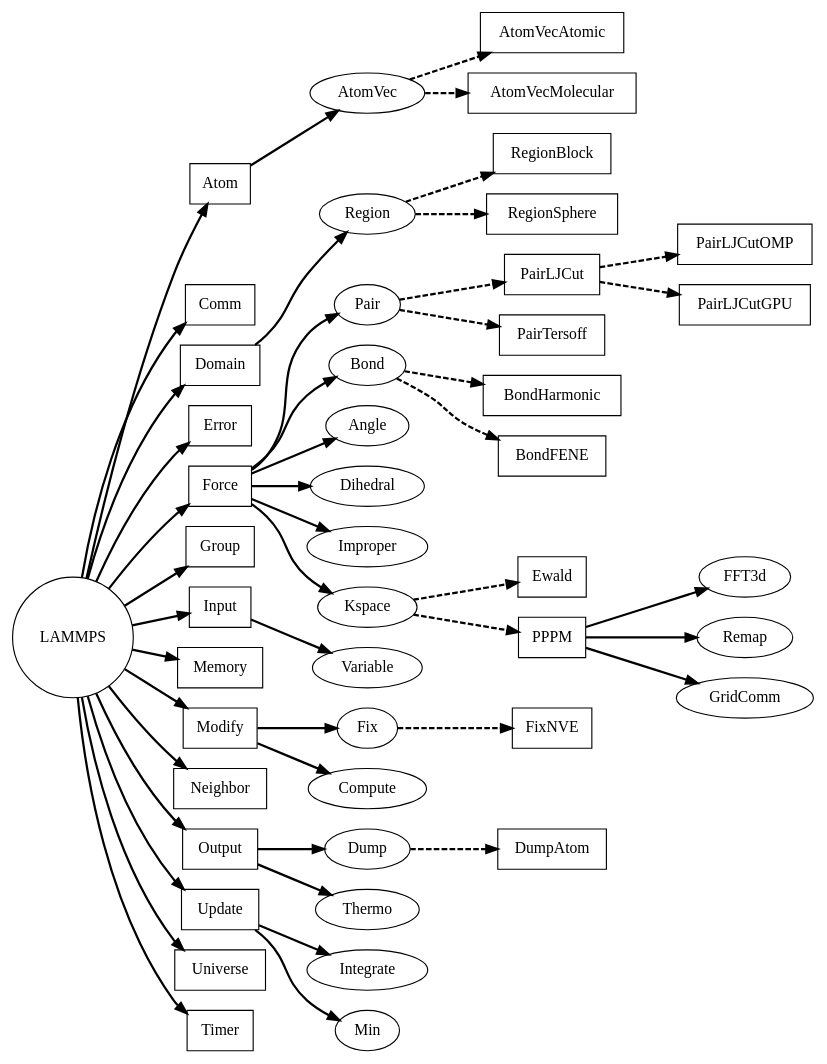
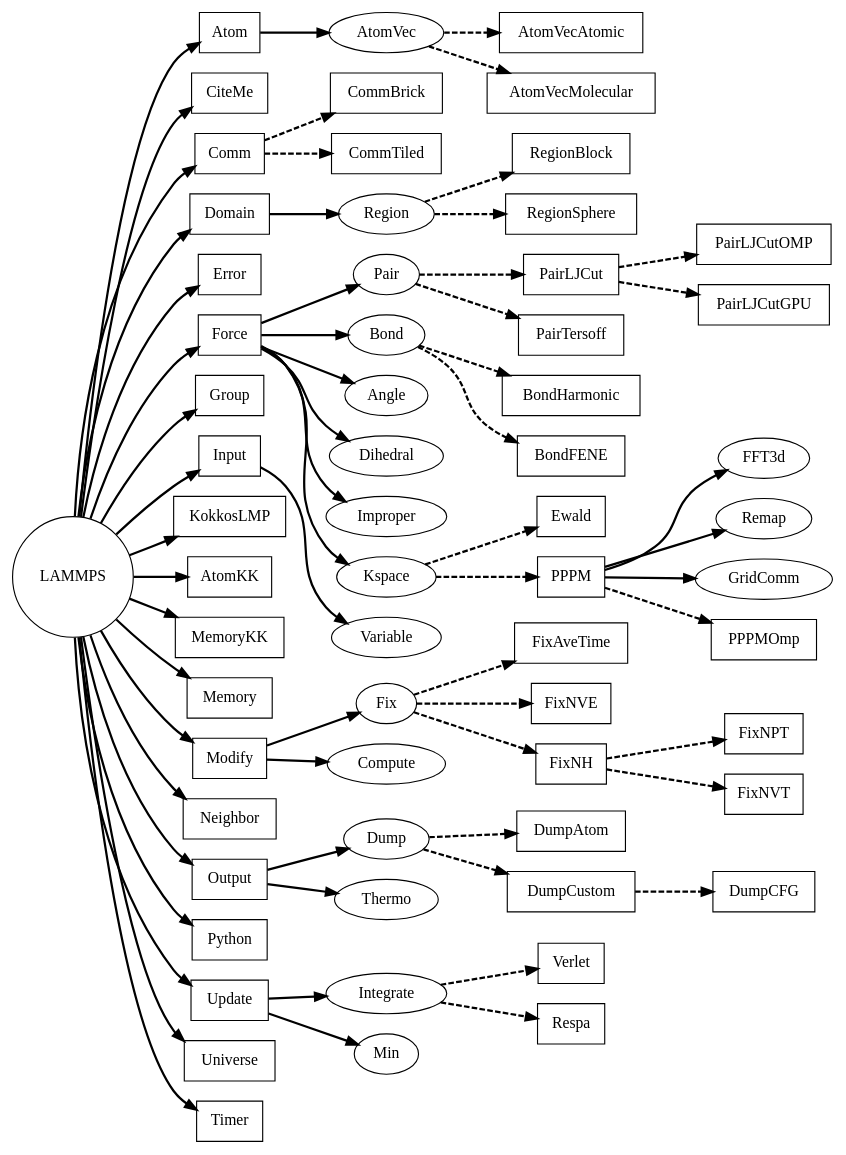
One commit to lammps/lammps changed the diagram in doc/graphviz/lammps-classes.dot. Above: the diagram before and after it, drawn with Graphviz. The commit also changed 1 other file, not shown here.

```diff
--- a/doc/graphviz/lammps-classes.dot
+++ b/doc/graphviz/lammps-classes.dot
@@ -1,69 +1,90 @@
 
 // LAMMPS Base Class tree
 digraph lammps {
     rankdir="LR"
     La [shape=circle label="LAMMPS"]
     At [shape=box label="Atom"]
+    Ci [shape=box label="CiteMe"]
     Co [shape=box label="Comm"]
     Do [shape=box label="Domain"]
     Er [shape=box label="Error"]
     Fo [shape=box label="Force"]
     Gr [shape=box label="Group"]
     In [shape=box label="Input"]
+    Ko [shape=box label="KokkosLMP"]
+    Ak [shape=box label="AtomKK"]
+    Mk [shape=box label="MemoryKK"]
     Me [shape=box label="Memory"]
     Mo [shape=box label="Modify"]
     Ne [shape=box label="Neighbor"]
     Ou [shape=box label="Output"]
+    Py [shape=box label="Python"]
     Up [shape=box label="Update"]
     Un [shape=box label="Universe"]
     Ti [shape=box label="Timer"]
     Rg [label="Region"]
     Rb [shape=box label="RegionBlock"]
     Rs [shape=box label="RegionSphere"]
     Av [label="AtomVec"]
     It [label="Integrate"]
     Mi [label="Min"]
     Pa [label="Pair"]
     Bo [label="Bond"]
     An [label="Angle"]
     Di [label="Dihedral"]
     Im [label="Improper"]
     Ks [label="Kspace"]
     Du [label="Dump"]
     Fi [label="Fix"]
     Cp [label="Compute"]
     Th [label="Thermo"]
     Va [label="Variable"]
     Ew [shape=box label="Ewald"]
     Pp [shape=box label="PPPM"]
     Ff [label="FFT3d"]
     Re [label="Remap"]
     Gc [label="GridComm"]
+    Cb [shape=box label="CommBrick"]
+    Ct [shape=box label="CommTiled"]
     Aa [shape=box label="AtomVecAtomic"]
     Am [shape=box label="AtomVecMolecular"]
     Lj [shape=box label="PairLJCut"]
     Lo [shape=box label="PairLJCutOMP"]
     Lg [shape=box label="PairLJCutGPU"]
     Te [shape=box label="PairTersoff"]
     Bh [shape=box label="BondHarmonic"]
     Bf [shape=box label="BondFENE"]
+    Fa [shape=box label="FixAveTime"]
     Fn [shape=box label="FixNVE"]
+    Fh [shape=box label="FixNH"]
+    Fp [shape=box label="FixNPT"]
+    Ft [shape=box label="FixNVT"]
     Da [shape=box label="DumpAtom"]
-    La -> {At Co Do Er Fo Gr In Me Mo Ne Ou Ti Up Un} [penwidth=2]
+    Dc [shape=box label="DumpCustom"]
+    Dg [shape=box label="DumpCFG"]
+    Ve [shape=box label="Verlet"]
+    Rr [shape=box label="Respa"]
+    Po [shape=box label="PPPMOmp"]
+    La -> {At Ci Co Do Er Fo Gr In Ko Ak Mk Me Mo Ne Ou Py Ti Up Un} [penwidth=2]
     Do -> {Rg} [penwidth=2]
+    Co -> {Cb Ct} [style=dashed penwidth=2]
     Rg -> {Rb Rs} [style=dashed penwidth=2]
     In -> Va [penwidth=2]
     Mo -> {Fi Cp} [penwidth=2]
     Fo -> {Pa Bo An Di Im Ks} [penwidth=2]
     Ks -> {Ew Pp} [style=dashed penwidth=2]
     Pp -> {Ff Re Gc} [penwidth=2]
+    Pp -> {Po} [style=dashed penwidth=2]
     Up -> {It Mi} [penwidth=2]
+    It -> {Ve Rr} [style=dashed penwidth=2]
     Ou -> {Du Th} [penwidth=2]
-    Du -> {Da} [style=dashed penwidth=2]
+    Du -> {Da Dc} [style=dashed penwidth=2]
+    Dc -> {Dg} [style=dashed penwidth=2]
     At -> Av [penwidth=2]
     Av -> {Aa Am} [style=dashed penwidth=2]
     Pa -> {Lj Te} [style=dashed penwidth=2]
     Lj -> {Lo Lg} [style=dashed penwidth=2]
     Bo -> {Bh Bf} [style=dashed penwidth=2]
-    Fi -> {Fn} [style=dashed penwidth=2]
+    Fi -> {Fa Fn Fh} [style=dashed penwidth=2]
+    Fh -> {Fp Ft} [style=dashed penwidth=2]
 }
```
